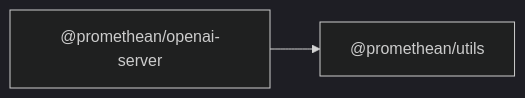
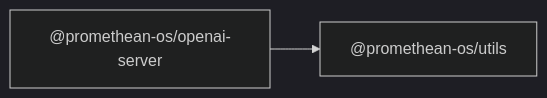
One commit to octave-commons/promethean changed the diagram in docs/packages/openai-server/README.md. Above: the diagram before and after it, drawn with Mermaid (dark theme). The commit also changed other lines of this file and 1753 other files, not shown here.

````diff
--- a/docs/packages/openai-server/README.md
+++ b/docs/packages/openai-server/README.md
@@ -14,7 +14,7 @@
 ```mermaid
 graph LR
-  A["@promethean/openai-server"]
-  D1["@promethean/utils"]
-  A --> D1["@promethean/utils"]
-  click D1 "../utils/README.md" "@promethean/utils"
+  A["@promethean-os/openai-server"]
+  D1["@promethean-os/utils"]
+  A --> D1["@promethean-os/utils"]
+  click D1 "../utils/README.md" "@promethean-os/utils"
 ```
````
